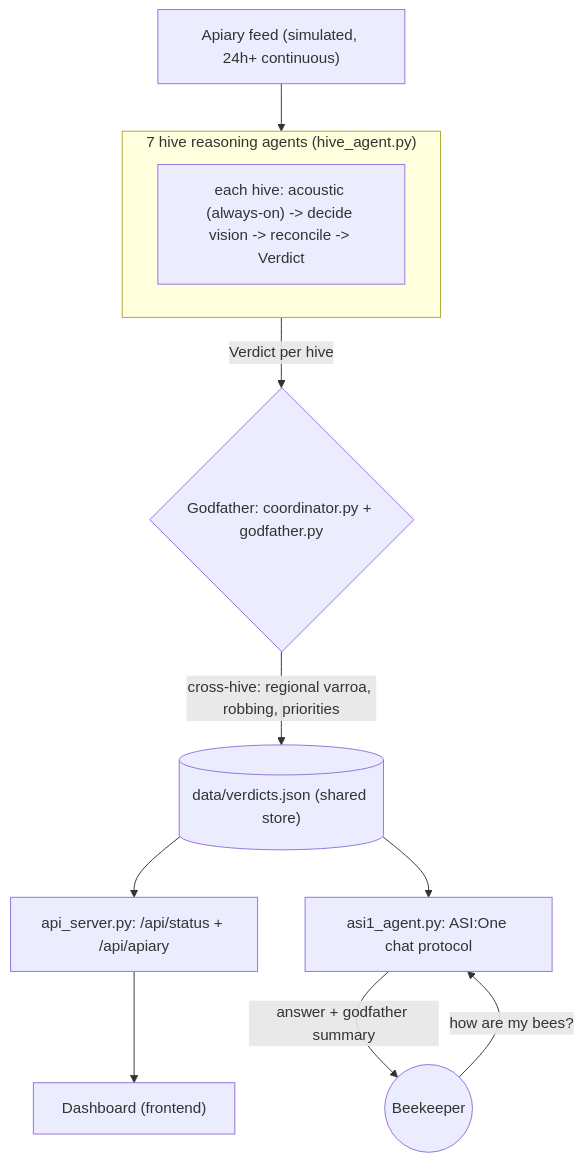
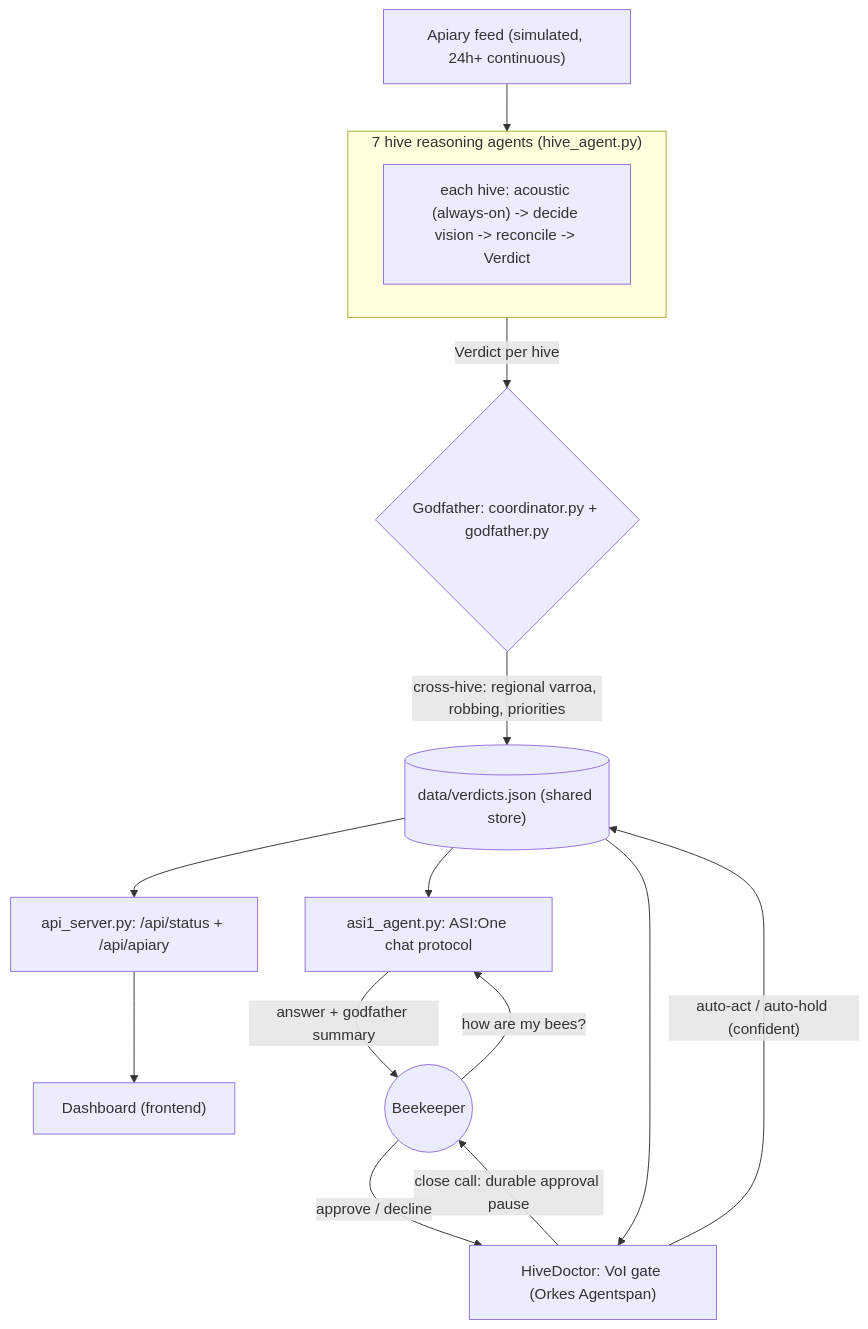
The second of 3 diagrams in README.md (Dee-1862/HiveSense), drawn with Mermaid before and after one commit. The commit also changed other lines of this file and 29 other files, not shown here.

````diff
--- a/README.md
+++ b/README.md
@@ -84,15 +82,19 @@
 ```mermaid
 flowchart TD
     Feed["Apiary feed (simulated, 24h+ continuous)"]
     subgraph Hives ["7 hive reasoning agents (hive_agent.py)"]
         H["each hive: acoustic (always-on) -> decide vision -> reconcile -> Verdict"]
     end
     Feed --> Hives
     Hives -- "Verdict per hive" --> GF{"Godfather: coordinator.py + godfather.py"}
     GF -- "cross-hive: regional varroa, robbing, priorities" --> Store[("data/verdicts.json (shared store)")]
     Store --> API["api_server.py: /api/status + /api/apiary"]
     API --> Dash["Dashboard (frontend)"]
     Store --> Chat["asi1_agent.py: ASI:One chat protocol"]
     User((Beekeeper)) -- "how are my bees?" --> Chat
     Chat -- "answer + godfather summary" --> User
+    Store --> HD["HiveDoctor: VoI gate (Orkes Agentspan)"]
+    HD -- "auto-act / auto-hold (confident)" --> Store
+    HD -- "close call: durable approval pause" --> User
+    User -- "approve / decline" --> HD
 ```
````
